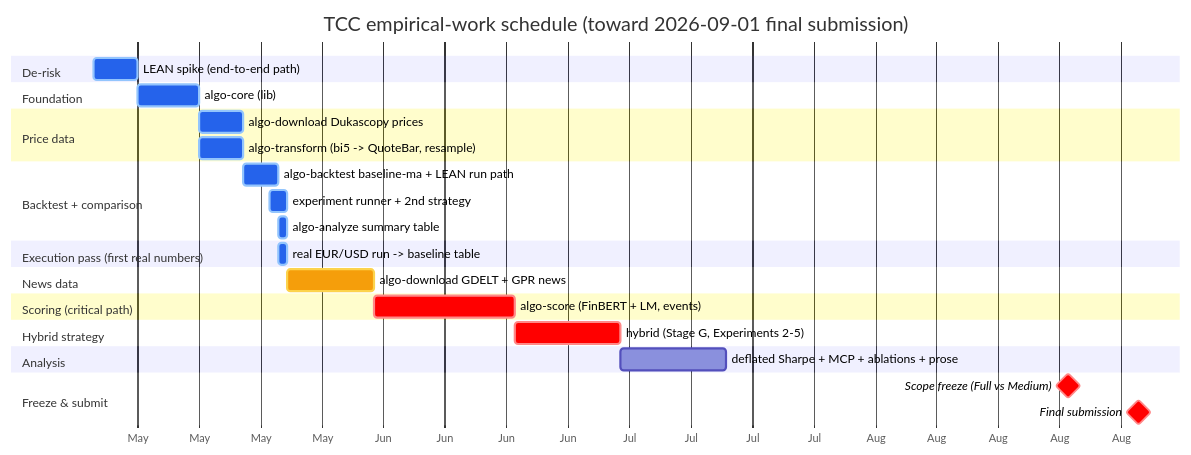
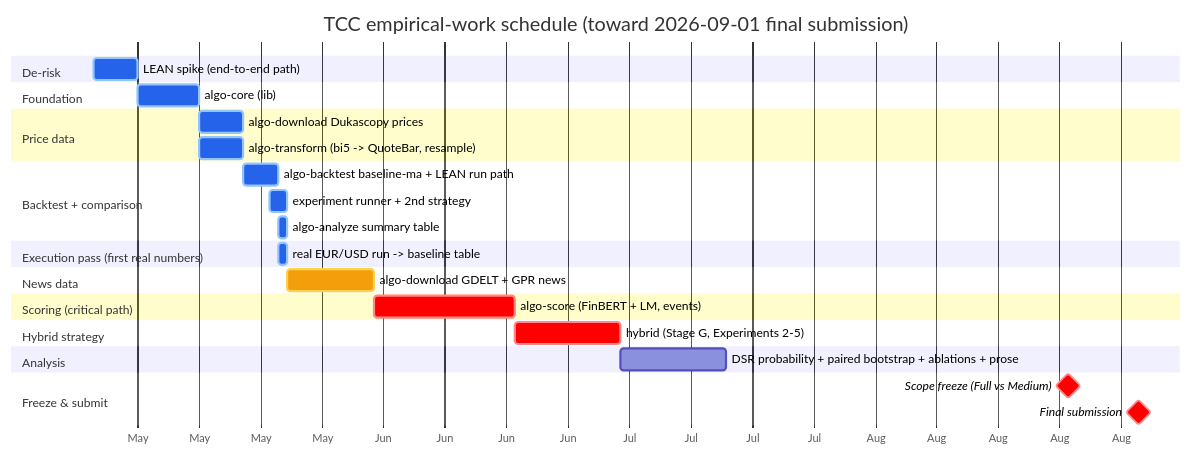
One commit to wbsouza/mba-icmc changed the second of 2 diagrams in algo-suite/PRD.md. Above: the diagram before and after it, drawn with Mermaid. The commit also changed other lines of this file and 68 other files, not shown here.

Commit message:
Correct DSR probability and paired portfolio inference

````diff
--- a/algo-suite/PRD.md
+++ b/algo-suite/PRD.md
@@ -235,31 +243,31 @@
 ```mermaid
 %%{init: {'themeVariables': {'doneTaskBkgColor':'#2563eb','doneTaskBorderColor':'#93c5fd','activeTaskBkgColor':'#f59e0b','activeTaskBorderColor':'#fcd34d'}}}%%
 gantt
     title TCC empirical-work schedule (toward 2026-09-01 final submission)
     dateFormat YYYY-MM-DD
     axisFormat %b
     section De-risk
     LEAN spike (end-to-end path)                   :done, s0, 2026-05-05, 5d
     section Foundation
     algo-core (lib)                                :done, a0, 2026-05-10, 7d
     section Price data
     algo-download Dukascopy prices                 :done, a1a, 2026-05-17, 5d
     algo-transform (bi5 -> QuoteBar, resample)     :done, a2, 2026-05-17, 5d
     section Backtest + comparison
     algo-backtest baseline-ma + LEAN run path      :done, b2, 2026-05-22, 4d
     experiment runner + 2nd strategy              :done, b3, 2026-05-25, 2d
     algo-analyze summary table                     :done, c2a, 2026-05-26, 1d
     section Execution pass (first real numbers)
     real EUR/USD run -> baseline table             :done, ep, 2026-05-26, 1d
     section News data
     algo-download GDELT + GPR news                 :active, a1b, 2026-05-27, 10d
     section Scoring (critical path)
     algo-score (FinBERT + LM, events)              :crit, b1, after a1b, 16d
     section Hybrid strategy
     hybrid (Stage G, Experiments 2-5)              :crit, c1, after b1, 12d
     section Analysis
-    deflated Sharpe + MCP + ablations + prose      :c2b, after c1, 12d
+    DSR probability + paired bootstrap + ablations + prose      :c2b, after c1, 12d
     section Freeze & submit
     Scope freeze (Full vs Medium)                :crit, milestone, 2026-08-24, 0d
     Final submission                             :crit, milestone, 2026-09-01, 0d
 ```
````
